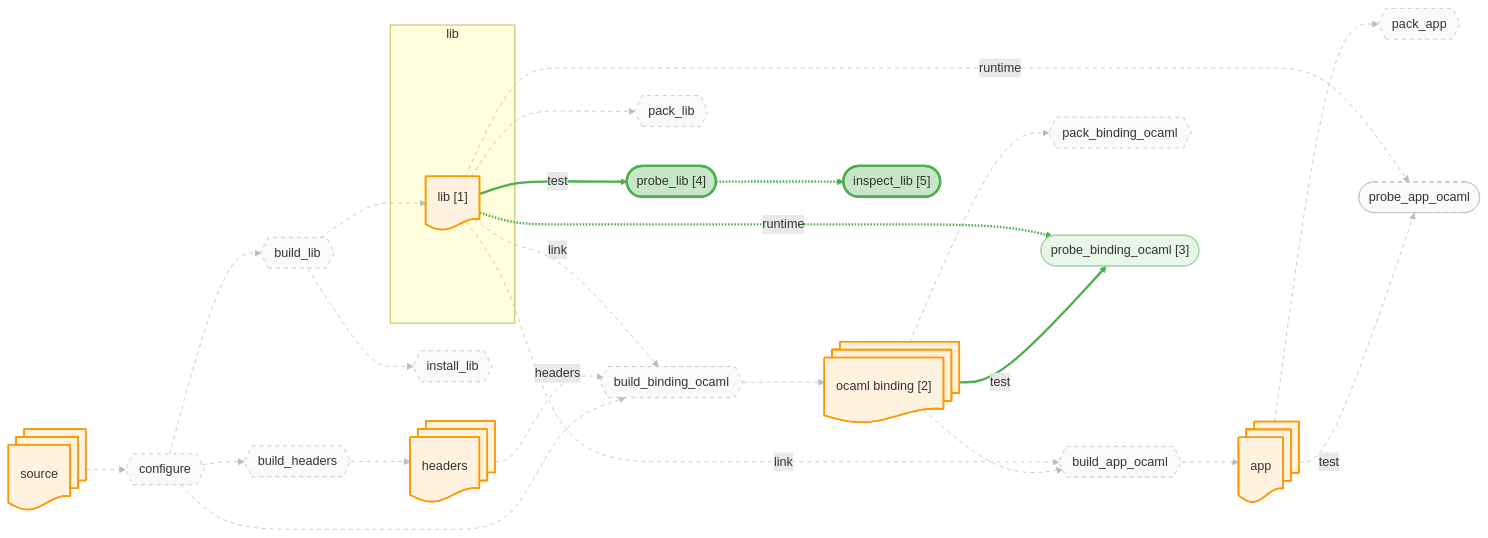
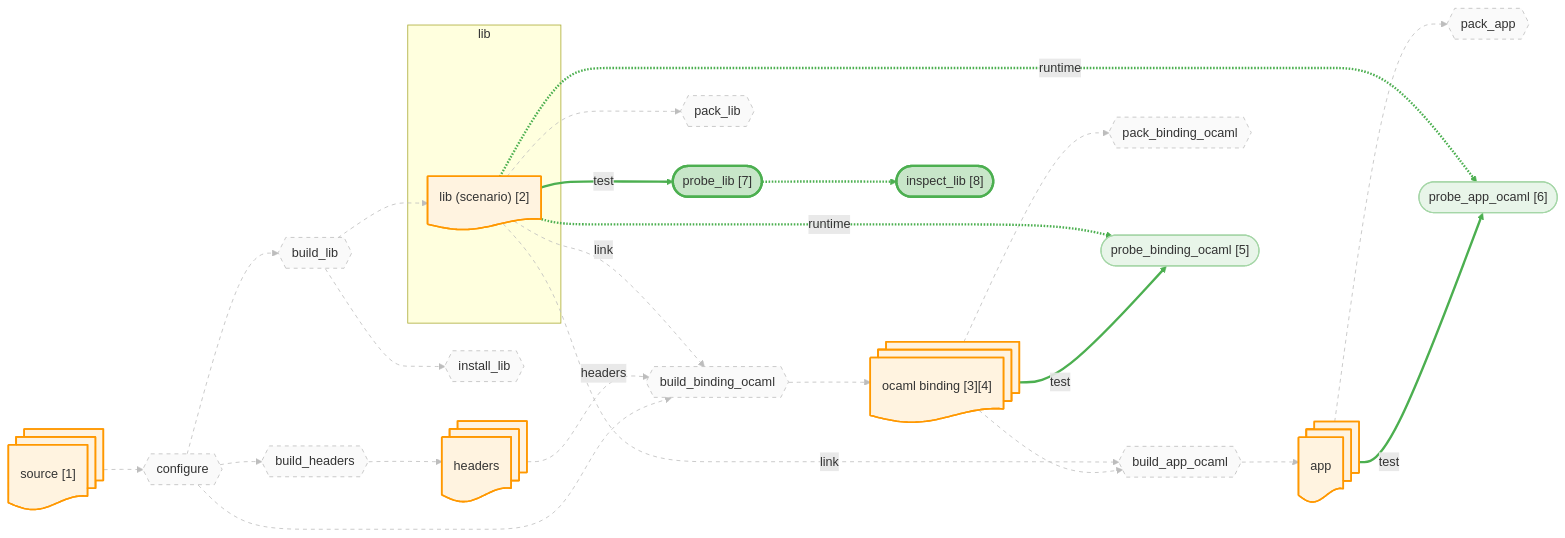
The diagram in docs/canary/projects/ssl/-run/diagrams/lib.mmd (JHU-PL-Lab/tola), drawn with Mermaid before and after one commit. The commit also changed 941 other files, not shown here.

```diff
--- a/docs/canary/projects/ssl/-run/diagrams/lib.mmd
+++ b/docs/canary/projects/ssl/-run/diagrams/lib.mmd
@@ -1,91 +1,91 @@
 %% view: lib
 graph LR
-    source_node@{ shape: docs, label: "source" }
+    source_node@{ shape: docs, label: "source [1]" }
     headers_node@{ shape: docs, label: "headers" }
     subgraph lib_sg ["lib"]
-      lib_fetch_node@{ shape: doc, label: "lib [1]" }
+      lib_fetch_node@{ shape: doc, label: "lib (scenario) [2]" }
     end
     app_node@{ shape: docs, label: "app" }
-    ocaml_binding_node@{ shape: docs, label: "ocaml binding [2]" }
+    ocaml_binding_node@{ shape: docs, label: "ocaml binding [3][4]" }
 
     A_configure{{"configure"}}
     A_build_headers{{"build_headers"}}
     A_build_lib{{"build_lib"}}
     A_build_binding_ocaml{{"build_binding_ocaml"}}
     A_build_app_ocaml{{"build_app_ocaml"}}
     A_install_lib{{"install_lib"}}
     A_pack_binding_ocaml{{"pack_binding_ocaml"}}
     A_pack_lib{{"pack_lib"}}
     A_pack_app{{"pack_app"}}
-    A_probe_binding_ocaml(["probe_binding_ocaml [3]"])
-    A_probe_app_ocaml(["probe_app_ocaml"])
-    A_probe_lib(["probe_lib [4]"])
-    A_probe_lib_inspect(["inspect_lib [5]"])
+    A_probe_binding_ocaml(["probe_binding_ocaml [5]"])
+    A_probe_app_ocaml(["probe_app_ocaml [6]"])
+    A_probe_lib(["probe_lib [7]"])
+    A_probe_lib_inspect(["inspect_lib [8]"])
 
     source_node --> A_configure
     A_configure --> A_build_headers
     A_build_headers --> headers_node
     A_configure --> A_build_lib
     A_build_lib --> lib_fetch_node
     A_configure --> A_build_binding_ocaml
     headers_node -.->|headers| A_build_binding_ocaml
     lib_fetch_node -.->|link| A_build_binding_ocaml
     A_build_binding_ocaml --> ocaml_binding_node
     ocaml_binding_node --> A_build_app_ocaml
     lib_fetch_node -.->|link| A_build_app_ocaml
     A_build_app_ocaml --> app_node
     A_build_lib --> A_install_lib
     ocaml_binding_node --> A_pack_binding_ocaml
     lib_fetch_node --> A_pack_lib
     app_node --> A_pack_app
     ocaml_binding_node -->|test| A_probe_binding_ocaml
     lib_fetch_node -.->|runtime| A_probe_binding_ocaml
     app_node -->|test| A_probe_app_ocaml
     lib_fetch_node -.->|runtime| A_probe_app_ocaml
     lib_fetch_node -->|test| A_probe_lib
     A_probe_lib -.-> A_probe_lib_inspect
 
     classDef artifact fill:#fff3e0,stroke:#ff9800,stroke-width:2px
     classDef action fill:#f3e5f5,stroke:#9c27b0,stroke-width:2px
     classDef st_done fill:#c8e6c9,stroke:#4caf50,stroke-width:3px
     classDef st_done_ctx fill:#e8f5e9,stroke:#a5d6a7,stroke-width:1.5px
     classDef st_expected_fail fill:#fff9c4,stroke:#f9a825,stroke-width:2px
     classDef st_failed fill:#ffcdd2,stroke:#c62828,stroke-width:2px
     classDef st_skipped fill:#f5f5f5,stroke:#9e9e9e,stroke-dasharray:5
     classDef st_nospec fill:#fafafa,stroke:#bdbdbd,stroke-dasharray:5
     class source_node,headers_node,lib_fetch_node,app_node,ocaml_binding_node artifact
     class A_configure st_nospec
     class A_build_headers st_nospec
     class A_build_lib st_nospec
     class A_build_binding_ocaml st_nospec
     class A_build_app_ocaml st_nospec
     class A_install_lib st_nospec
     class A_pack_binding_ocaml st_nospec
     class A_pack_lib st_nospec
     class A_pack_app st_nospec
     class A_probe_binding_ocaml st_done_ctx
-    class A_probe_app_ocaml st_nospec
+    class A_probe_app_ocaml st_done_ctx
     class A_probe_lib st_done
     class A_probe_lib_inspect st_done
     linkStyle 0 stroke:#bdbdbd,stroke-width:1px,stroke-dasharray:5
     linkStyle 1 stroke:#bdbdbd,stroke-width:1px,stroke-dasharray:5
     linkStyle 2 stroke:#bdbdbd,stroke-width:1px,stroke-dasharray:5
     linkStyle 3 stroke:#bdbdbd,stroke-width:1px,stroke-dasharray:5
     linkStyle 4 stroke:#bdbdbd,stroke-width:1px,stroke-dasharray:5
     linkStyle 5 stroke:#bdbdbd,stroke-width:1px,stroke-dasharray:5
     linkStyle 6 stroke:#bdbdbd,stroke-width:1px,stroke-dasharray:5
     linkStyle 7 stroke:#bdbdbd,stroke-width:1px,stroke-dasharray:5
     linkStyle 8 stroke:#bdbdbd,stroke-width:1px,stroke-dasharray:5
     linkStyle 9 stroke:#bdbdbd,stroke-width:1px,stroke-dasharray:5
     linkStyle 10 stroke:#bdbdbd,stroke-width:1px,stroke-dasharray:5
     linkStyle 11 stroke:#bdbdbd,stroke-width:1px,stroke-dasharray:5
     linkStyle 12 stroke:#bdbdbd,stroke-width:1px,stroke-dasharray:5
     linkStyle 13 stroke:#bdbdbd,stroke-width:1px,stroke-dasharray:5
     linkStyle 14 stroke:#bdbdbd,stroke-width:1px,stroke-dasharray:5
     linkStyle 15 stroke:#bdbdbd,stroke-width:1px,stroke-dasharray:5
     linkStyle 16 stroke:#4caf50,stroke-width:3px
     linkStyle 17 stroke:#4caf50,stroke-width:3px
-    linkStyle 18 stroke:#bdbdbd,stroke-width:1px,stroke-dasharray:5
-    linkStyle 19 stroke:#bdbdbd,stroke-width:1px,stroke-dasharray:5
+    linkStyle 18 stroke:#4caf50,stroke-width:3px
+    linkStyle 19 stroke:#4caf50,stroke-width:3px
     linkStyle 20 stroke:#4caf50,stroke-width:3px
     linkStyle 21 stroke:#4caf50,stroke-width:3px
```
